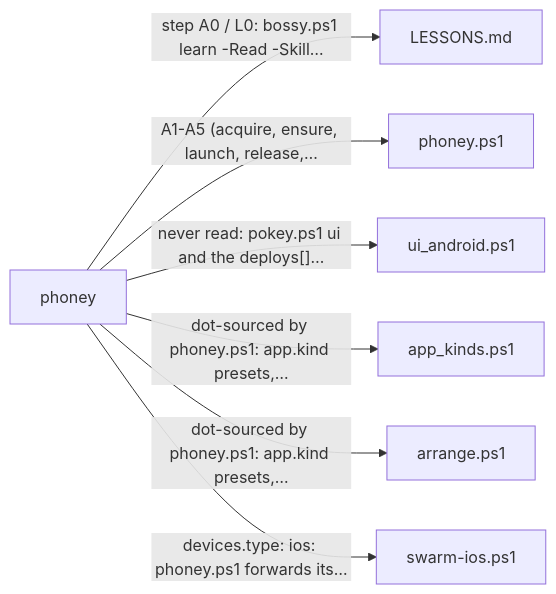
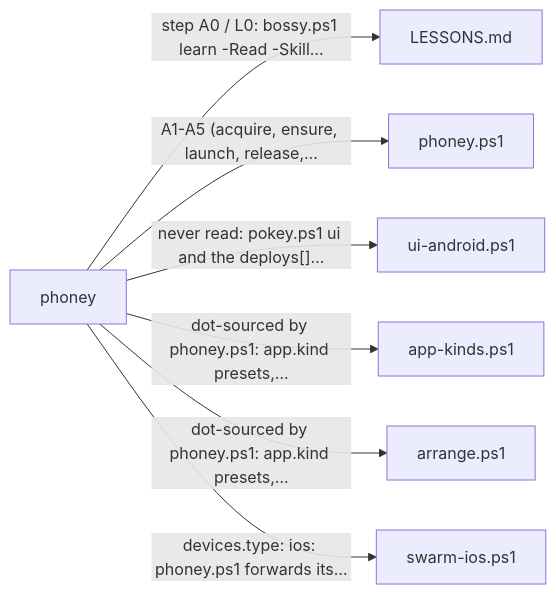
One commit to prskid1000/claude-crew changed the eighth of 8 diagrams in README.md. Above: the diagram before and after it, drawn with Mermaid. The commit also changed other lines of this file and 110 other files, not shown here.

````diff
--- a/README.md
+++ b/README.md
@@ -602,10 +602,10 @@
 ```mermaid
 flowchart LR
   skills_phoney_SKILL_md["phoney"]
   skills_phoney_SKILL_md -->|"step A0 / L0: bossy.ps1 learn -Read -Skill…"| LESSONS_md["LESSONS.md"]
   skills_phoney_SKILL_md -->|"A1-A5 (acquire, ensure, launch, release,…"| skills_phoney_phoney_ps1["phoney.ps1"]
-  skills_phoney_SKILL_md -->|"never read: pokey.ps1 ui and the deploys[]…"| skills_pokey_adapters_ui_android_ps1["ui_android.ps1"]
-  skills_phoney_SKILL_md -->|"dot-sourced by phoney.ps1: app.kind presets,…"| skills_phoney_adapters_app_kinds_ps1["app_kinds.ps1"]
+  skills_phoney_SKILL_md -->|"never read: pokey.ps1 ui and the deploys[]…"| skills_pokey_adapters_ui_android_ps1["ui-android.ps1"]
+  skills_phoney_SKILL_md -->|"dot-sourced by phoney.ps1: app.kind presets,…"| skills_phoney_adapters_app_kinds_ps1["app-kinds.ps1"]
   skills_phoney_SKILL_md -->|"dot-sourced by phoney.ps1: app.kind presets,…"| skills_phoney_adapters_arrange_ps1["arrange.ps1"]
   skills_phoney_SKILL_md -->|"devices.type: ios: phoney.ps1 forwards its…"| skills_phoney_swarm_ios_ps1["swarm-ios.ps1"]
 ```
````
